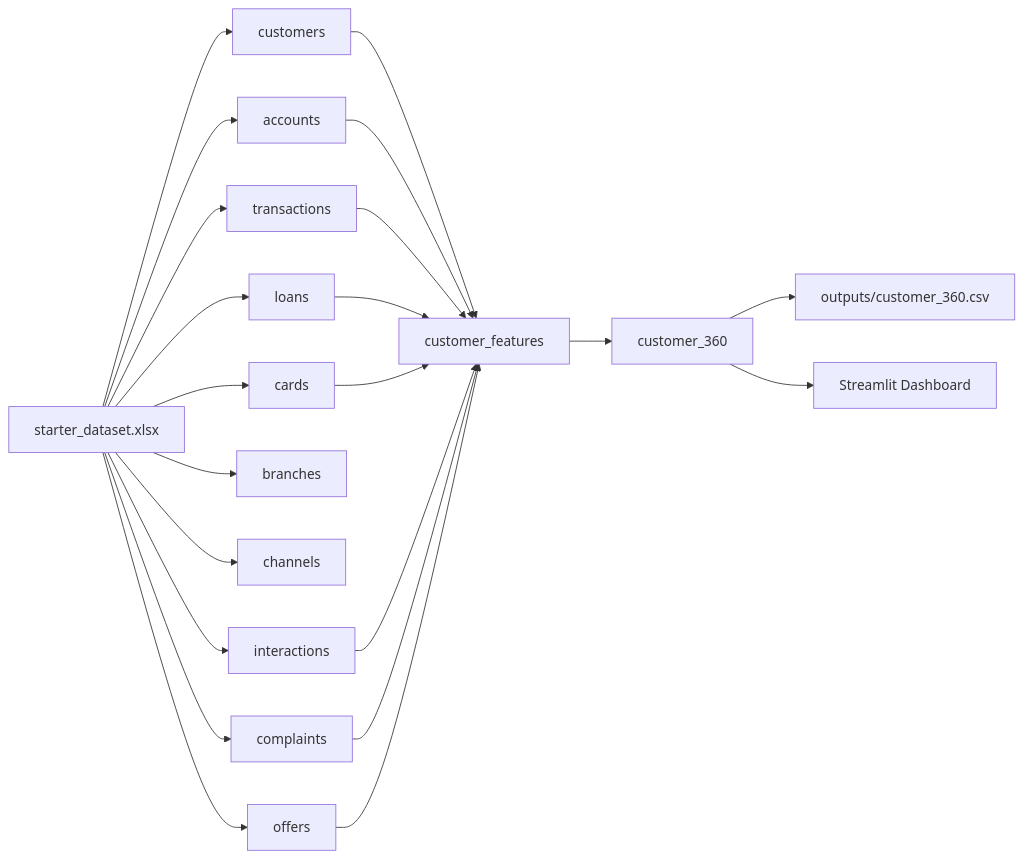
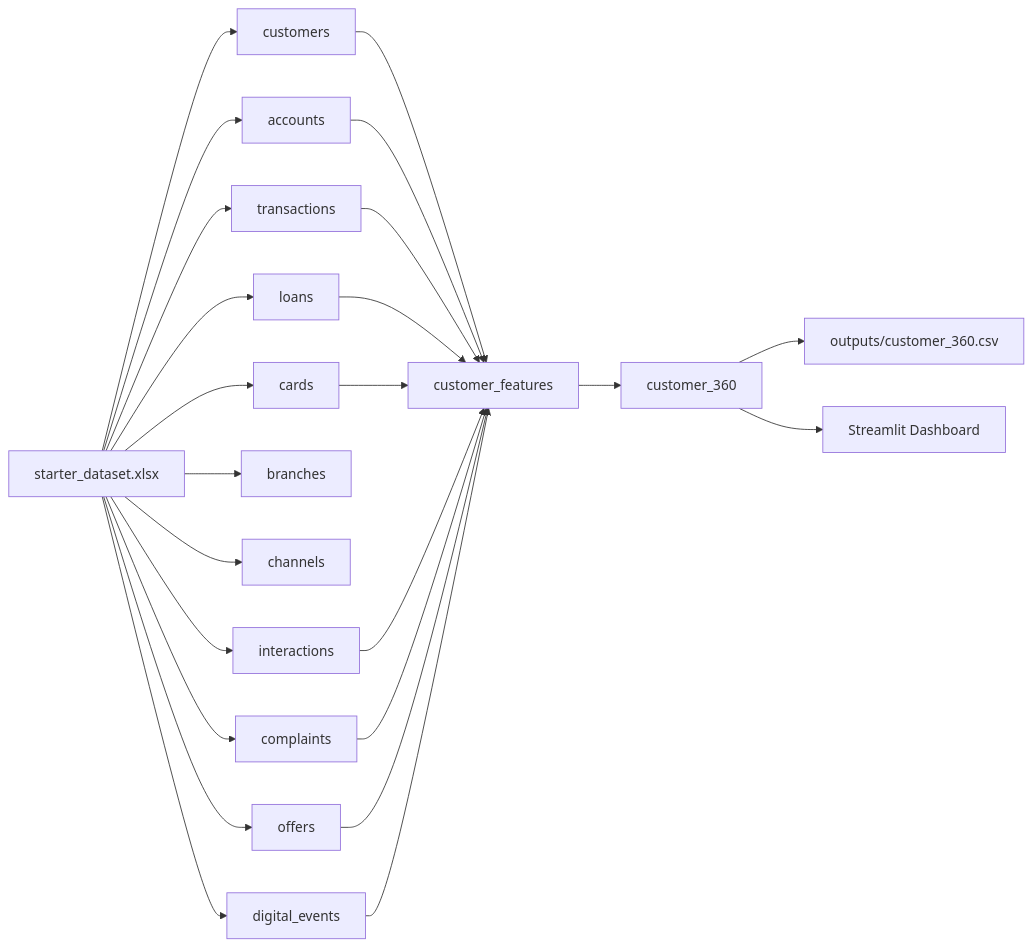
The diagram in docs/modeling_diagram.md (AudeAymone/Analytics_Engineer_Challenge_Artefact), drawn with Mermaid before and after one commit. The commit also changed 13 other files, not shown here.

First line of the commit message:
Add digital events table and enhance customer features for engagement analysis

````diff
--- a/docs/modeling_diagram.md
+++ b/docs/modeling_diagram.md
@@ -13,26 +13,28 @@
 ```mermaid
 flowchart LR
     A[starter_dataset.xlsx] --> B[customers]
     A --> C[accounts]
     A --> D[transactions]
     A --> E[loans]
     A --> F[cards]
     A --> G[branches]
     A --> H[channels]
     A --> I[interactions]
     A --> J[complaints]
     A --> K[offers]
+    A --> P[digital_events]
 
     B --> L[customer_features]
     C --> L
     D --> L
     E --> L
     F --> L
     I --> L
     J --> L
     K --> L
+    P --> L
 
     L --> M[customer_360]
     M --> N[outputs/customer_360.csv]
     M --> O[Streamlit Dashboard]
 ```
````
